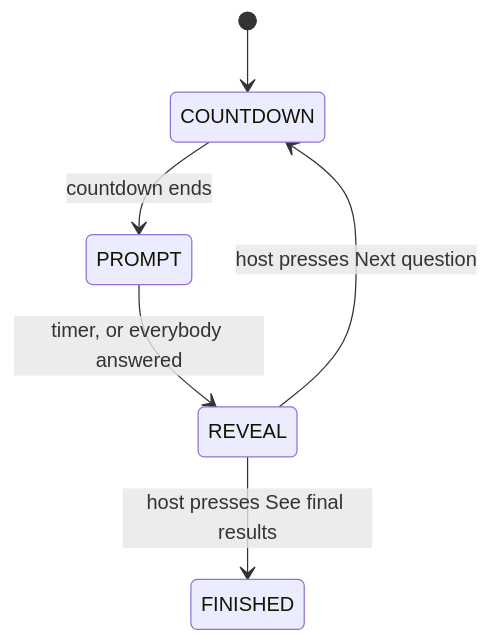
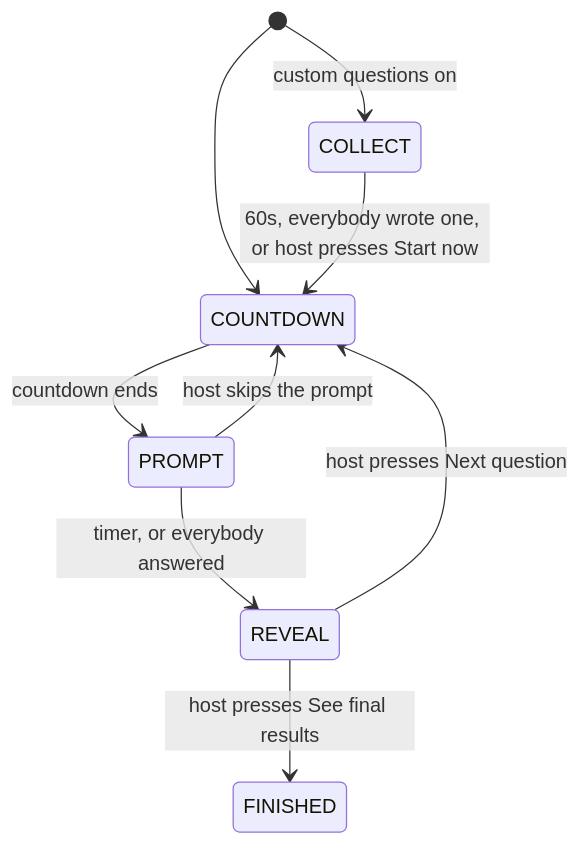
Before and after one commit to ysai258/friendzone: the fifth of 6 diagrams in docs/state-machine.md, drawn with Mermaid. The commit also changed other lines of this file and 3 other files, not shown here.

First line of the commit message:
feat(mind-meld): the host can skip a prompt, and the table can write its own

````diff
--- a/docs/state-machine.md
+++ b/docs/state-machine.md
@@ -136,8 +136,11 @@
 ```mermaid
 stateDiagram-v2
   [*] --> COUNTDOWN
+  [*] --> COLLECT: custom questions on
+  COLLECT --> COUNTDOWN: 60s, everybody wrote one, or host presses Start now
   COUNTDOWN --> PROMPT: countdown ends
   PROMPT --> REVEAL: timer, or everybody answered
+  PROMPT --> COUNTDOWN: host skips the prompt
   REVEAL --> COUNTDOWN: host presses Next question
   REVEAL --> FINISHED: host presses See final results
 ```
````
